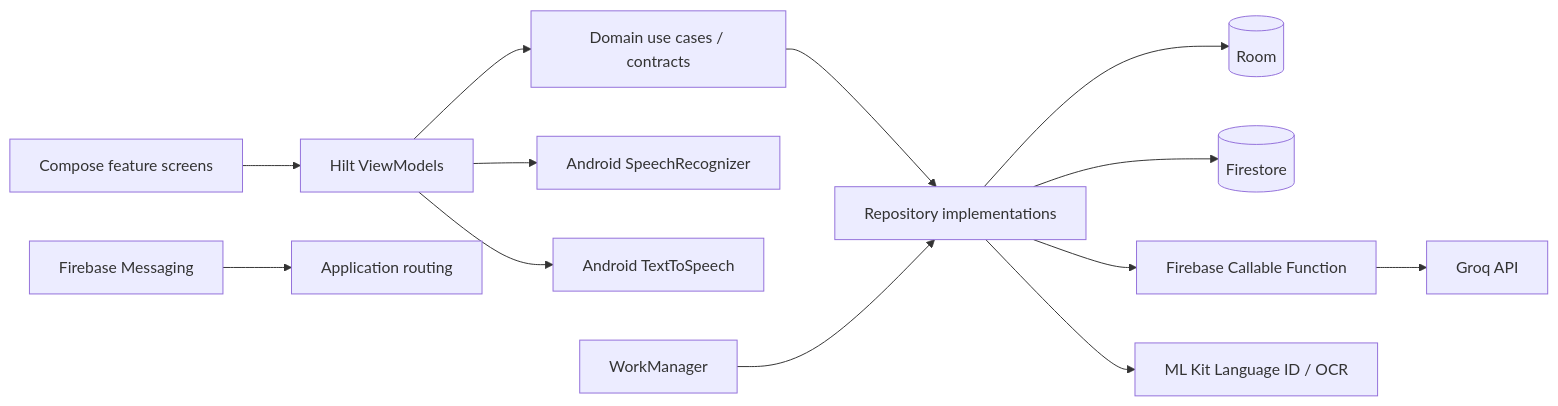
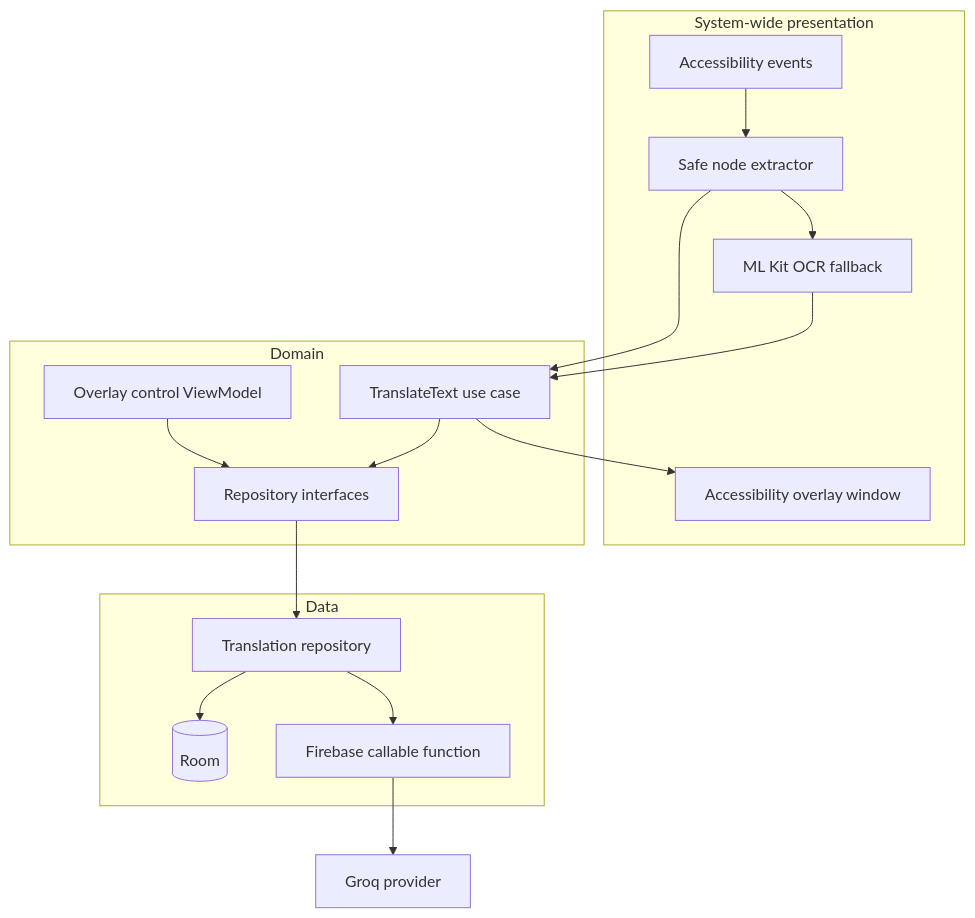
One commit to piyushkumarexe/LiveTranslate-Pro changed the diagram in docs/ARCHITECTURE.md. Above: the diagram before and after it, drawn with Mermaid. The commit also changed other lines of this file and 9 other files, not shown here.

Commit message:
docs: make accessibility overlay the primary product flow

````diff
--- a/docs/ARCHITECTURE.md
+++ b/docs/ARCHITECTURE.md
@@ -5,15 +5,30 @@
 ```mermaid
-flowchart LR
-  UI[Compose feature screens] --> VM[Hilt ViewModels]
-  VM --> UC[Domain use cases / contracts]
-  UC --> REPO[Repository implementations]
-  REPO --> ROOM[(Room)]
-  REPO --> FIRE[(Firestore)]
-  REPO --> FUNC[Firebase Callable Function]
-  FUNC --> GROQ[Groq API]
-  REPO --> ML[ML Kit Language ID / OCR]
-  VM --> SPEECH[Android SpeechRecognizer]
-  VM --> TTS[Android TextToSpeech]
-  WM[WorkManager] --> REPO
-  FCM[Firebase Messaging] --> APP[Application routing]
+flowchart TB
+  subgraph System-wide presentation
+    AE[Accessibility events]
+    EX[Safe node extractor]
+    OCR[ML Kit OCR fallback]
+    OW[Accessibility overlay window]
+    AE --> EX
+    EX --> OCR
+  end
+  subgraph Domain
+    VM[Overlay control ViewModel]
+    UC[TranslateText use case]
+    RI[Repository interfaces]
+    VM --> RI
+    EX --> UC
+    OCR --> UC
+    UC --> RI
+  end
+  subgraph Data
+    TR[Translation repository]
+    DB[(Room)]
+    FF[Firebase callable function]
+    TR --> DB
+    TR --> FF
+  end
+  RI --> TR
+  UC --> OW
+  FF --> GP[Groq provider]
 ```
````
